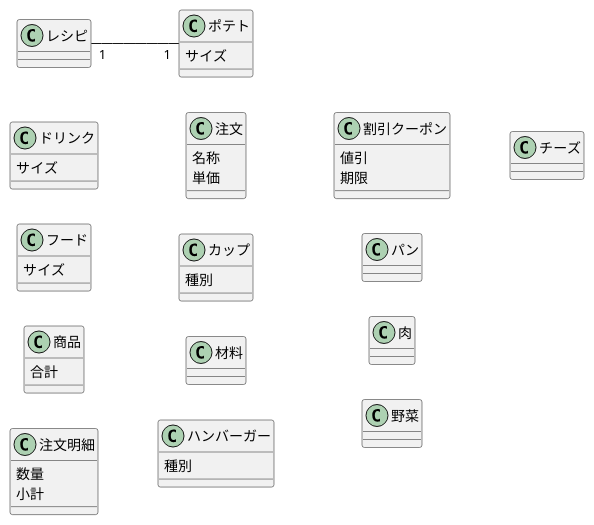
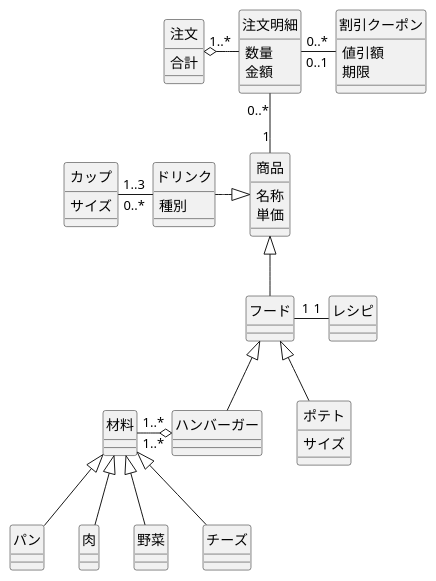
Before and after one commit to Nshikawakazuki/uml-intr: the diagram in 演習7-4-1_CL_ハンバーガーショップ.pu, drawn with PlantUML. The commit also changed 1 other file, not shown here.

```diff
--- a/演習7-4-1_CL_ハンバーガーショップ.pu
+++ b/演習7-4-1_CL_ハンバーガーショップ.pu
@@ -1,47 +1,85 @@
-@startuml 客室
-left to right direction
-class "ドリンク" as e {
-    サイズ
-}
-class "フード" as k {
-    サイズ
-}
-class "商品" as a  {
+@startuml 演習７－４－１
+
+class 注文 {
     合計
 }
-class "注文明細" as b{
+class 注文明細 {
     数量
-    小計
+    金額
 }
-class "注文" as d {
+class 割引クーポン {
+    値引額
+    期限
+}
+class 商品 {
     名称
     単価
 }
-class "カップ" as f {
+class カップ {
+    サイズ
+}
+class ドリンク {
     種別
 }
-class "材料" as i {
+class フード {
+    
 }
-class "ハンバーガー" as j {
-    種別
+class レシピ {
+
 }
-class "割引クーポン" as c {
-    値引
-    期限
+class 材料 {
+    
 }
-class "レシピ" as g {
+class ハンバーガー {
+    
 }
-class "ポテト" as h {
+class ポテト {
     サイズ
 }
-class "パン" as p {
+class パン {
+
 }
-class "肉" as n{
+class 肉 {
+
 }
-class "野菜" as y{
+class 野菜 {
+
 }
-class "チーズ" as t {
+class チーズ {
+
 }
-g "1" -- "1"h
+
+注文 "1..*" o-right- 注文明細
+割引クーポン "0..1" -left- "0..*" 注文明細 
+注文明細 "0..*" -down- "1" 商品
+ドリンク -right-|> 商品
+カップ "1..3" -right- "0..*" ドリンク
+商品 <|-down- フード
+レシピ "1" -left- "1" フード
+フード <|-down- ハンバーガー
+フード <|-down- ポテト
+材料 "1..*" -right-o "1..*" ハンバーガー
+材料 <|-down- パン
+材料 <|-down- 肉
+材料 <|-down- 野菜
+材料 <|-down- チーズ
+
+hide 注文 circle
+hide 注文明細 circle
+hide 割引クーポン circle
+hide 商品 circle
+hide カップ circle
+hide ドリンク circle
+hide フード circle
+hide レシピ circle
+hide 材料 circle
+hide ハンバーガー circle
+hide ポテト circle
+hide パン circle
+hide 肉 circle
+hide 野菜 circle
+hide チーズ circle
+ 
+
 
 @enduml
```
